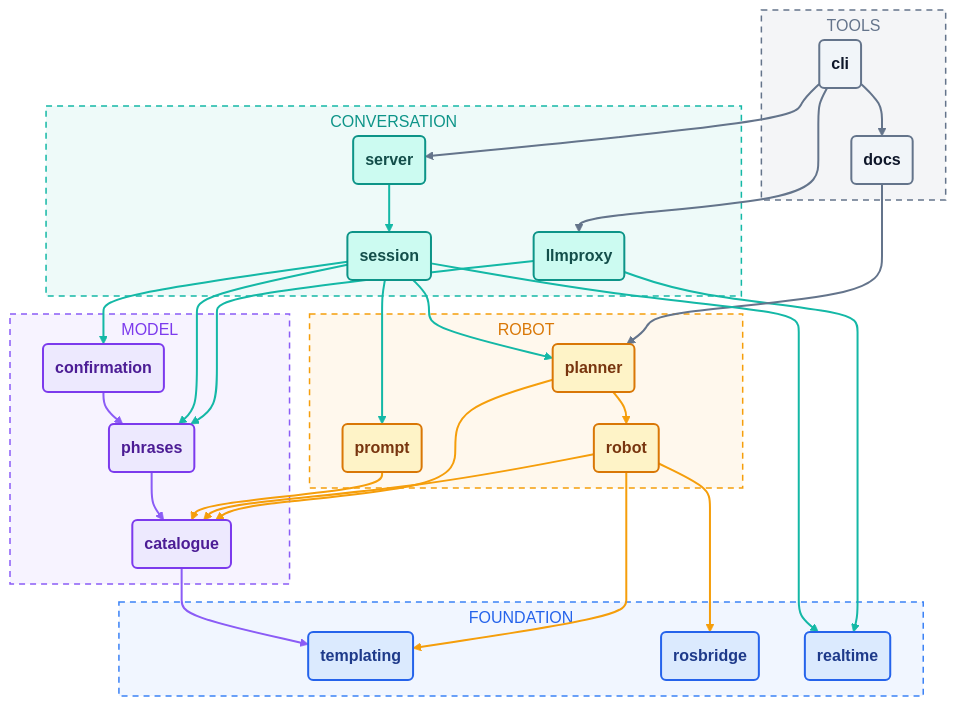
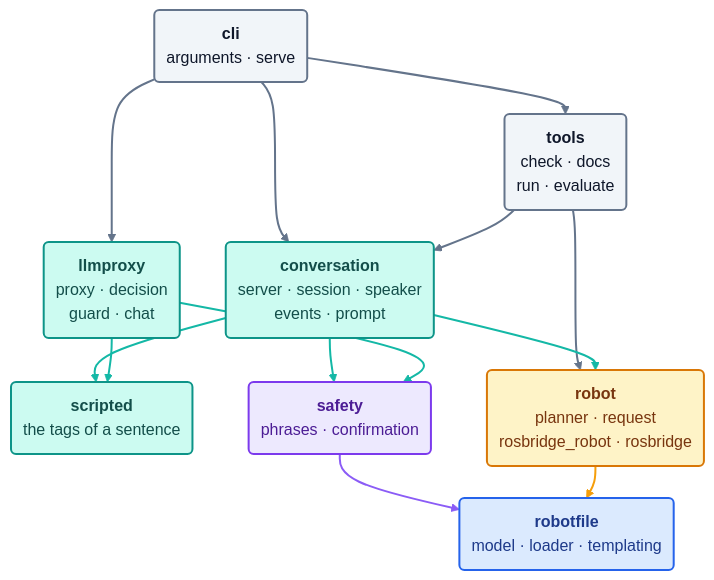
The diagram in docs/diagrams/modules.mmd (kineticsystem/stepit-speech), drawn with Mermaid before and after one commit. The commit also changed 56 other files, not shown here.

```diff
--- a/docs/diagrams/modules.mmd
+++ b/docs/diagrams/modules.mmd
@@ -1,119 +1,86 @@
 ---
 config:
   theme: base
   fontFamily: "Arial, Helvetica, sans-serif"
   flowchart:
     curve: basis
     padding: 12
     nodeSpacing: 46
     rankSpacing: 32
     subGraphTitleMargin:
       top: 4
       bottom: 10
   class:
     padding: 10
   themeVariables:
     lineColor: "#94a3b8"
     textColor: "#64748b"
     primaryColor: "#f1f5f9"
     primaryBorderColor: "#64748b"
     primaryTextColor: "#0f172a"
     secondaryColor: "#f1f5f9"
     secondaryBorderColor: "#64748b"
     secondaryTextColor: "#0f172a"
     tertiaryColor: "#f1f5f9"
     tertiaryBorderColor: "#64748b"
     tertiaryTextColor: "#0f172a"
     mainBkg: "#f1f5f9"
     nodeBorder: "#64748b"
     nodeTextColor: "#0f172a"
     classText: "#0f172a"
     clusterBkg: "transparent"
     clusterBorder: "#94a3b8"
     titleColor: "#64748b"
     edgeLabelBackground: "#ffffff"
   themeCSS: >
     svg, .label, .nodeLabel, .edgeLabel, foreignObject div { font-family: Arial, Helvetica, sans-serif; }
     .node rect, .node polygon, .node path {
       filter: drop-shadow(0 3px 6px rgba(15, 23, 42, 0.18));
     }
     .node rect { rx: 14px; ry: 14px; }
     .cluster rect { rx: 18px; ry: 18px; }
     .edgeLabel, .edgeLabel p, .edgeLabel span {
       background: #ffffff; color: #475569; border-radius: 999px;
     }
     .edgeLabel p { padding: 3px 10px; }
     .labelBkg { background: transparent !important; fill: none !important; }
 ---
 flowchart TB
-    subgraph Tools["TOOLS"]
-        cli("<b>cli</b>")
-        docs("<b>docs</b>")
-    end
-    subgraph Conversation["CONVERSATION"]
-        server("<b>server</b>")
-        session("<b>session</b>")
-        llmproxy("<b>llmproxy</b>")
-    end
-    subgraph Robot["ROBOT"]
-        planner("<b>planner</b>")
-        robot("<b>robot</b>")
-        prompt("<b>prompt</b>")
-    end
-    subgraph Model["MODEL"]
-        catalogue("<b>catalogue</b>")
-        confirmation("<b>confirmation</b>")
-        phrases("<b>phrases</b>")
-    end
-    subgraph Foundation["FOUNDATION"]
-        templating("<b>templating</b>")
-        rosbridge("<b>rosbridge</b>")
-        realtime("<b>realtime</b>")
-    end
+    cli("<b>cli</b><br/>arguments · serve")
+    tools("<b>tools</b><br/>check · docs<br/>run · evaluate")
+    conversation("<b>conversation</b><br/>server · session · speaker<br/>events · prompt")
+    llmproxy("<b>llmproxy</b><br/>proxy · decision<br/>guard · chat")
+    scripted("<b>scripted</b><br/>the tags of a sentence")
+    safety("<b>safety</b><br/>phrases · confirmation")
+    robot("<b>robot</b><br/>planner · request<br/>rosbridge_robot · rosbridge")
+    robotfile("<b>robotfile</b><br/>model · loader · templating")
 
-    cli --> server
+    cli --> tools
+    cli --> conversation
     cli --> llmproxy
-    llmproxy --> phrases
-    llmproxy --> realtime
-    cli --> docs
-    docs --> planner
-    server --> session
-    session --> planner
-    session --> confirmation
-    session --> phrases
-    session --> prompt
-    session --> realtime
-    planner --> robot
-    planner --> catalogue
-    robot --> catalogue
-    robot --> rosbridge
-    robot --> templating
-    prompt --> catalogue
-    confirmation --> phrases
-    phrases --> catalogue
-    catalogue --> templating
+    tools --> conversation
+    tools --> robot
+    conversation --> safety
+    conversation --> robot
+    conversation --> scripted
+    llmproxy --> scripted
+    llmproxy --> safety
+    safety --> robotfile
+    robot --> robotfile
 
-    classDef human fill:#ffe4e6,stroke:#e11d48,stroke-width:2px,color:#881337
     classDef voice fill:#ccfbf1,stroke:#0d9488,stroke-width:2px,color:#134e4a
     classDef mind  fill:#ede9fe,stroke:#7c3aed,stroke-width:2px,color:#4c1d95
-    classDef brain fill:#7c3aed,stroke:#5b21b6,stroke-width:2px,color:#ffffff
     classDef robot fill:#fef3c7,stroke:#d97706,stroke-width:2px,color:#78350f
     classDef data  fill:#dbeafe,stroke:#2563eb,stroke-width:2px,color:#1e3a8a
     classDef ext   fill:#f1f5f9,stroke:#64748b,stroke-width:2px,color:#0f172a
 
-    class cli,docs ext
-    class server,session,llmproxy voice
-    class planner,robot,prompt robot
-    class catalogue,confirmation,phrases mind
-    class templating,rosbridge,realtime data
+    class cli,tools ext
+    class conversation,llmproxy,scripted voice
+    class safety mind
+    class robot robot
+    class robotfile data
 
-    style Tools fill:#64748b12,stroke:#64748b,stroke-width:1.5px,stroke-dasharray:6 5,color:#64748b
-    style Conversation fill:#14b8a612,stroke:#14b8a6,stroke-width:1.5px,stroke-dasharray:6 5,color:#0d9488
-    style Robot fill:#f59e0b12,stroke:#f59e0b,stroke-width:1.5px,stroke-dasharray:6 5,color:#d97706
-    style Model fill:#8b5cf612,stroke:#8b5cf6,stroke-width:1.5px,stroke-dasharray:6 5,color:#7c3aed
-    style Foundation fill:#3b82f612,stroke:#3b82f6,stroke-width:1.5px,stroke-dasharray:6 5,color:#2563eb
-
-    linkStyle 0,1,4,5 stroke:#64748b,stroke-width:2px
-    linkStyle 2,3,6,7,8,9,10,11 stroke:#14b8a6,stroke-width:2px
-    linkStyle 12,13,14,15,16,17 stroke:#f59e0b,stroke-width:2px
-    linkStyle 18,19,20 stroke:#8b5cf6,stroke-width:2px
+    linkStyle 0,1,2,3,4 stroke:#64748b,stroke-width:2px
+    linkStyle 5,6,7,8,9 stroke:#14b8a6,stroke-width:2px
+    linkStyle 10 stroke:#8b5cf6,stroke-width:2px
+    linkStyle 11 stroke:#f59e0b,stroke-width:2px
```
